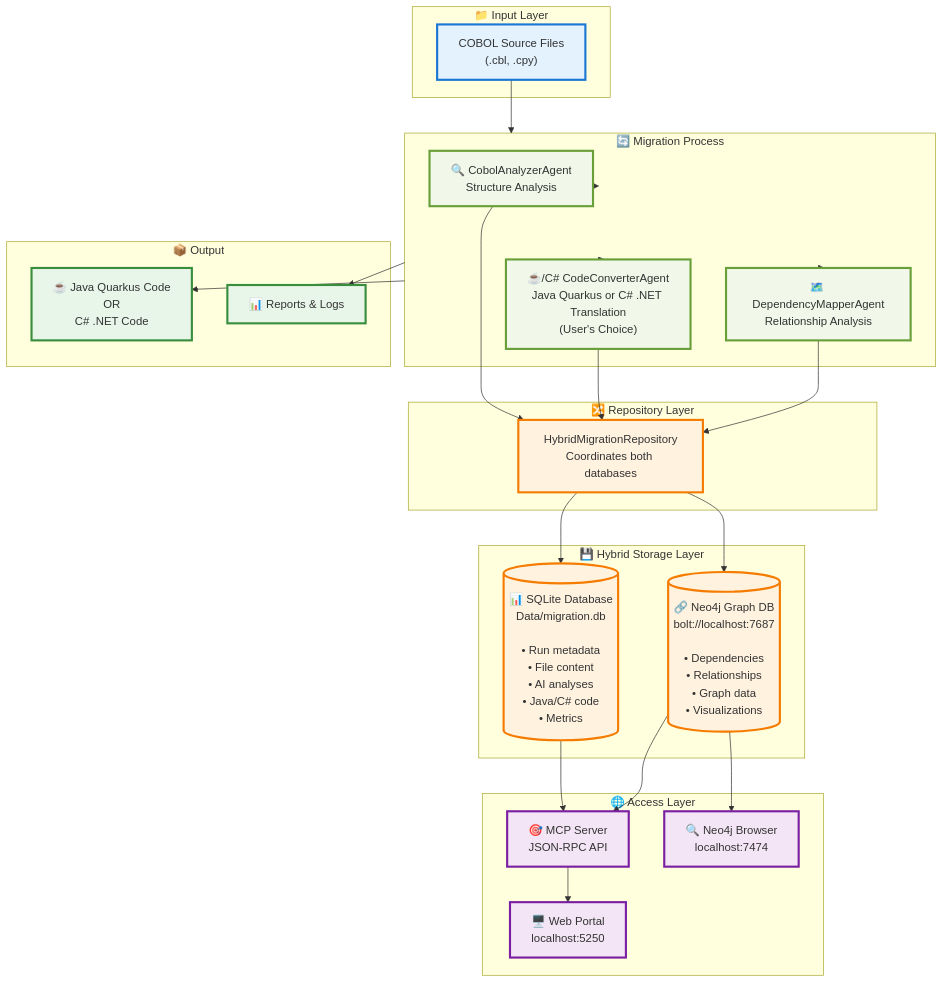
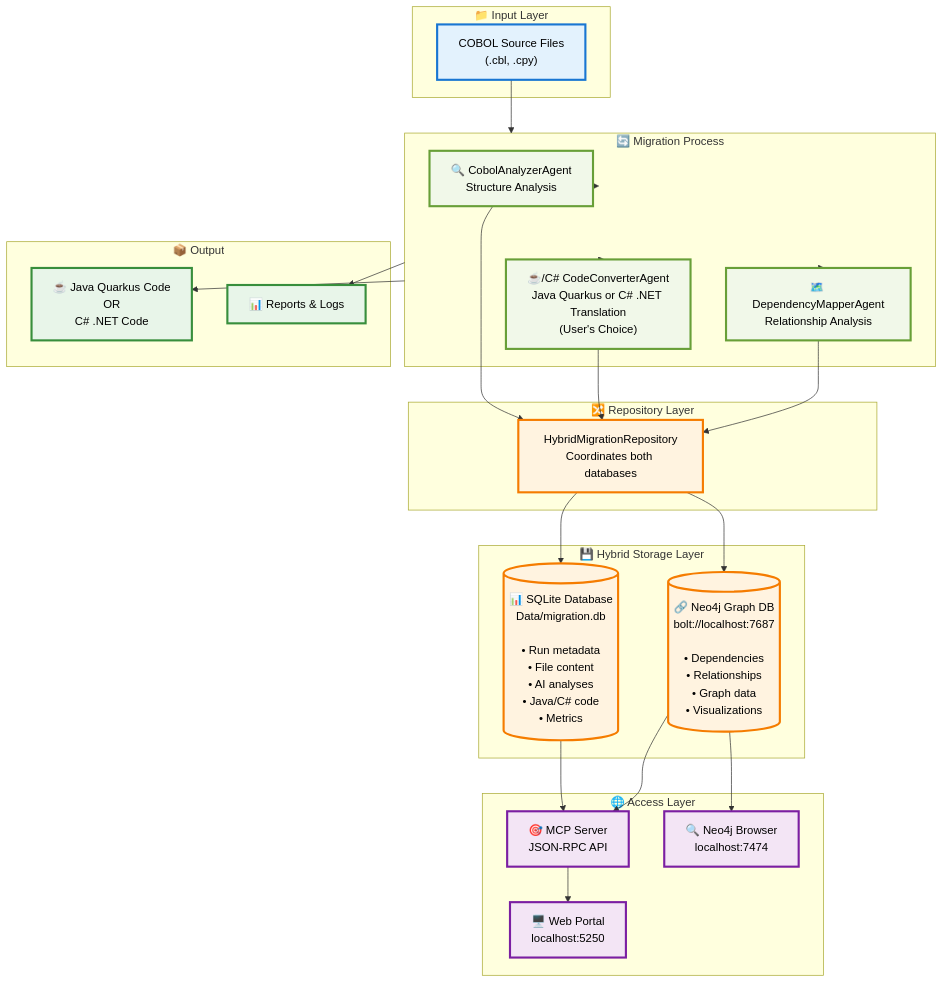
Before and after one commit to Azure-Samples/Legacy-Modernization-Agents: the first of 2 diagrams in README.md, drawn with Mermaid. The commit also changed other lines of this file and 20 other files, not shown here.

````diff
--- a/README.md
+++ b/README.md
@@ -426,65 +687,65 @@
 ```mermaid
 flowchart TB
     subgraph INPUT["📁 Input Layer"]
         COBOL["COBOL Source Files<br/>(.cbl, .cpy)"]
     end
     
     subgraph PROCESS["🔄 Migration Process"]
         ANALYZER["🔍 CobolAnalyzerAgent<br/>Structure Analysis"]
         CONVERTER["☕/C# CodeConverterAgent<br/>Java Quarkus or C# .NET Translation<br/>(User's Choice)"]
         MAPPER["🗺️ DependencyMapperAgent<br/>Relationship Analysis"]
     end
     
     subgraph STORAGE["💾 Hybrid Storage Layer"]
         SQLITE[("📊 SQLite Database<br/>Data/migration.db<br/><br/>• Run metadata<br/>• File content<br/>• AI analyses<br/>• Java/C# code<br/>• Metrics")]
         NEO4J[("🔗 Neo4j Graph DB<br/>bolt://localhost:7687<br/><br/>• Dependencies<br/>• Relationships<br/>• Graph data<br/>• Visualizations")]
     end
     
     subgraph REPO["🔀 Repository Layer"]
         HYBRID["HybridMigrationRepository<br/>Coordinates both databases"]
     end
     
     subgraph ACCESS["🌐 Access Layer"]
         MCP["🎯 MCP Server<br/>JSON-RPC API"]
         PORTAL["🖥️ Web Portal<br/>localhost:5250"]
         BROWSER["🔍 Neo4j Browser<br/>localhost:7474"]
     end
     
     subgraph OUTPUT["📦 Output"]
         JAVA["☕ Java Quarkus Code<br/>OR<br/>C# .NET Code"]
         REPORTS["📊 Reports & Logs"]
     end
     
     COBOL --> PROCESS
     PROCESS --> ANALYZER
     PROCESS --> CONVERTER
     PROCESS --> MAPPER
     
     ANALYZER --> HYBRID
     CONVERTER --> HYBRID
     MAPPER --> HYBRID
     
     HYBRID --> SQLITE
     HYBRID --> NEO4J
     
     SQLITE --> MCP
     NEO4J --> MCP
     NEO4J --> BROWSER
     
     MCP --> PORTAL
     
     PROCESS --> JAVA
     PROCESS --> REPORTS
     
-    classDef inputStyle fill:#e3f2fd,stroke:#1976d2,stroke-width:3px
-    classDef processStyle fill:#f1f8e9,stroke:#689f38,stroke-width:3px
-    classDef storageStyle fill:#fff3e0,stroke:#f57c00,stroke-width:3px
-    classDef accessStyle fill:#f3e5f5,stroke:#7b1fa2,stroke-width:3px
-    classDef outputStyle fill:#e8f5e9,stroke:#388e3c,stroke-width:3px
+    classDef inputStyle fill:#e3f2fd,stroke:#1976d2,stroke-width:3px,color:#000
+    classDef processStyle fill:#f1f8e9,stroke:#689f38,stroke-width:3px,color:#000
+    classDef storageStyle fill:#fff3e0,stroke:#f57c00,stroke-width:3px,color:#000
+    classDef accessStyle fill:#f3e5f5,stroke:#7b1fa2,stroke-width:3px,color:#000
+    classDef outputStyle fill:#e8f5e9,stroke:#388e3c,stroke-width:3px,color:#000
     
     class COBOL inputStyle
     class ANALYZER,CONVERTER,MAPPER processStyle
     class SQLITE,NEO4J,HYBRID storageStyle
     class MCP,PORTAL,BROWSER accessStyle
     class JAVA,REPORTS outputStyle
 ```
````
